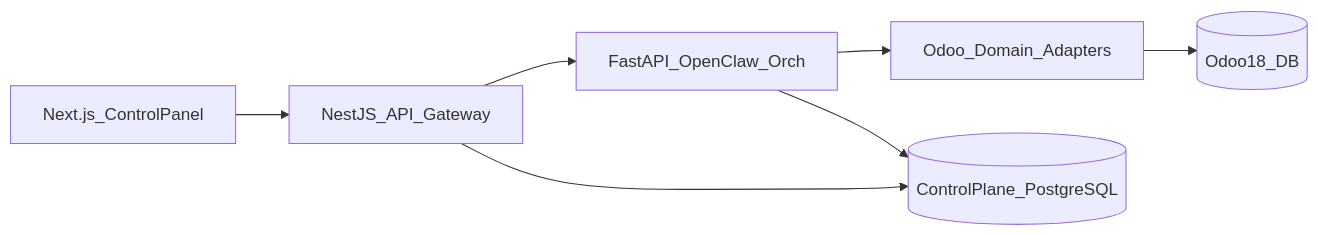
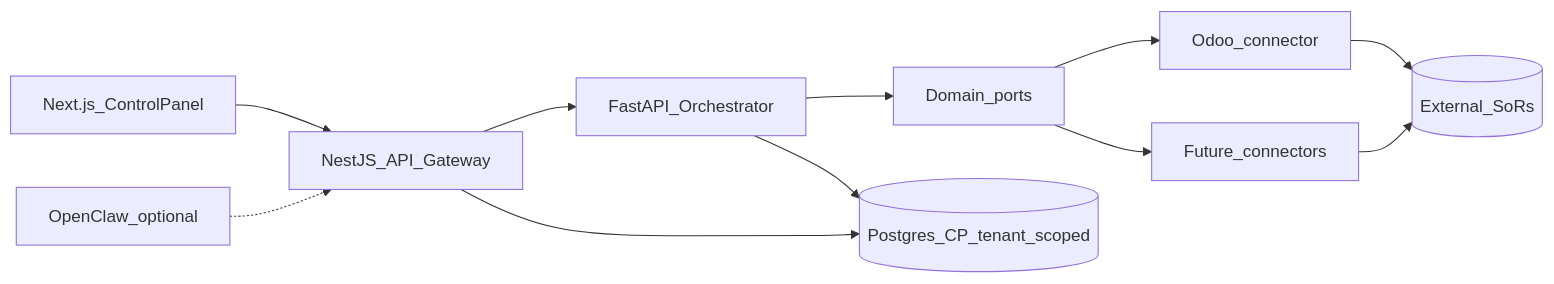
The diagram in docs/Development/architecture-overview.md (llanesleonardo/controlPanelErpOdoo), drawn with Mermaid before and after one commit. The commit also changed other lines of this file and 69 other files, not shown here.

First line of the commit message:
Ship Epic-05 ERP map and live estimate read, and lock multi-connector product architecture.

````diff
--- a/docs/Development/architecture-overview.md
+++ b/docs/Development/architecture-overview.md
@@ -17,16 +28,23 @@
 ```mermaid
 flowchart LR
   UI[Next.js_ControlPanel]
+  Agent[OpenClaw_optional]
   GW[NestJS_API_Gateway]
-  ORCH[FastAPI_OpenClaw_Orch]
-  ADP[Odoo_Domain_Adapters]
-  CPDB[(ControlPlane_PostgreSQL)]
-  ODOO[(Odoo18_DB)]
+  ORCH[FastAPI_Orchestrator]
+  Ports[Domain_ports]
+  Odoo[Odoo_connector]
+  Future[Future_connectors]
+  CPDB[(Postgres_CP_tenant_scoped)]
+  Ext[(External_SoRs)]
 
   UI --> GW
+  Agent -.-> GW
   GW --> ORCH
   GW --> CPDB
-  ORCH --> ADP
+  ORCH --> Ports
   ORCH --> CPDB
-  ADP --> ODOO
+  Ports --> Odoo
+  Ports --> Future
+  Odoo --> Ext
+  Future --> Ext
 ```
````
